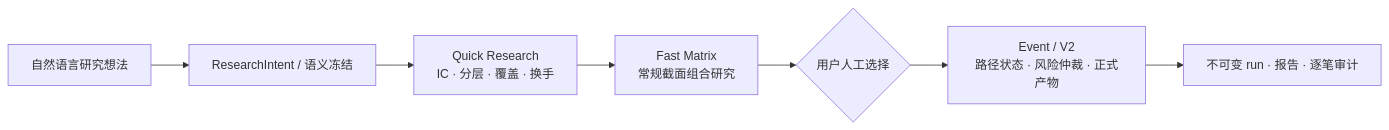
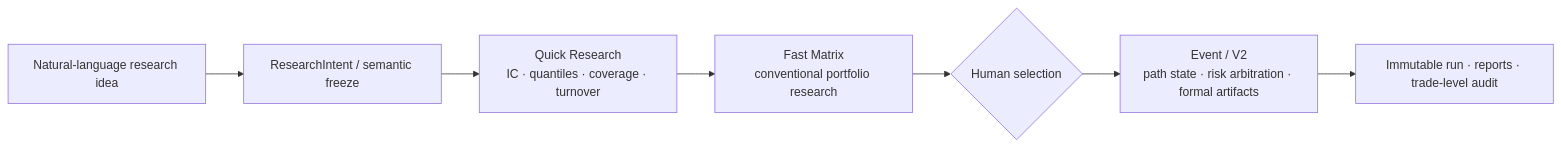
Before and after one commit to Montayang/bfbt: the diagram in README.md, drawn with Mermaid. The commit also changed other lines of this file and 353 other files, not shown here.

````diff
--- a/README.md
+++ b/README.md
@@ -12,9 +15,9 @@
 ```mermaid
 flowchart LR
-    A[自然语言研究想法] --> B[ResearchIntent / 语义冻结]
-    B --> C[Quick Research<br/>IC · 分层 · 覆盖 · 换手]
-    C --> D[Fast Matrix<br/>常规截面组合研究]
-    D --> E{用户人工选择}
-    E --> F[Event / V2<br/>路径状态 · 风险仲裁 · 正式产物]
-    F --> G[不可变 run · 报告 · 逐笔审计]
+    A[Natural-language research idea] --> B[ResearchIntent / semantic freeze]
+    B --> C[Quick Research<br/>IC · quantiles · coverage · turnover]
+    C --> D[Fast Matrix<br/>conventional portfolio research]
+    D --> E{Human selection}
+    E --> F[Event / V2<br/>path state · risk arbitration · formal artifacts]
+    F --> G[Immutable run · reports · trade-level audit]
 ```
````
